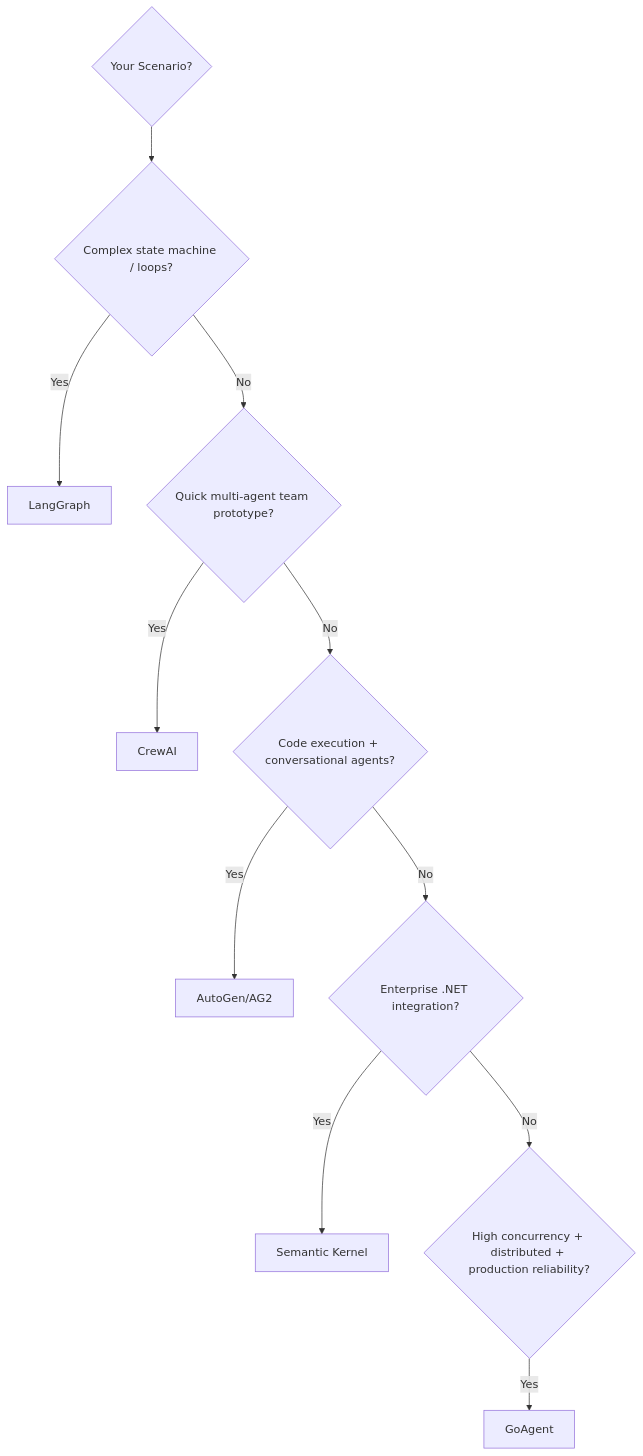
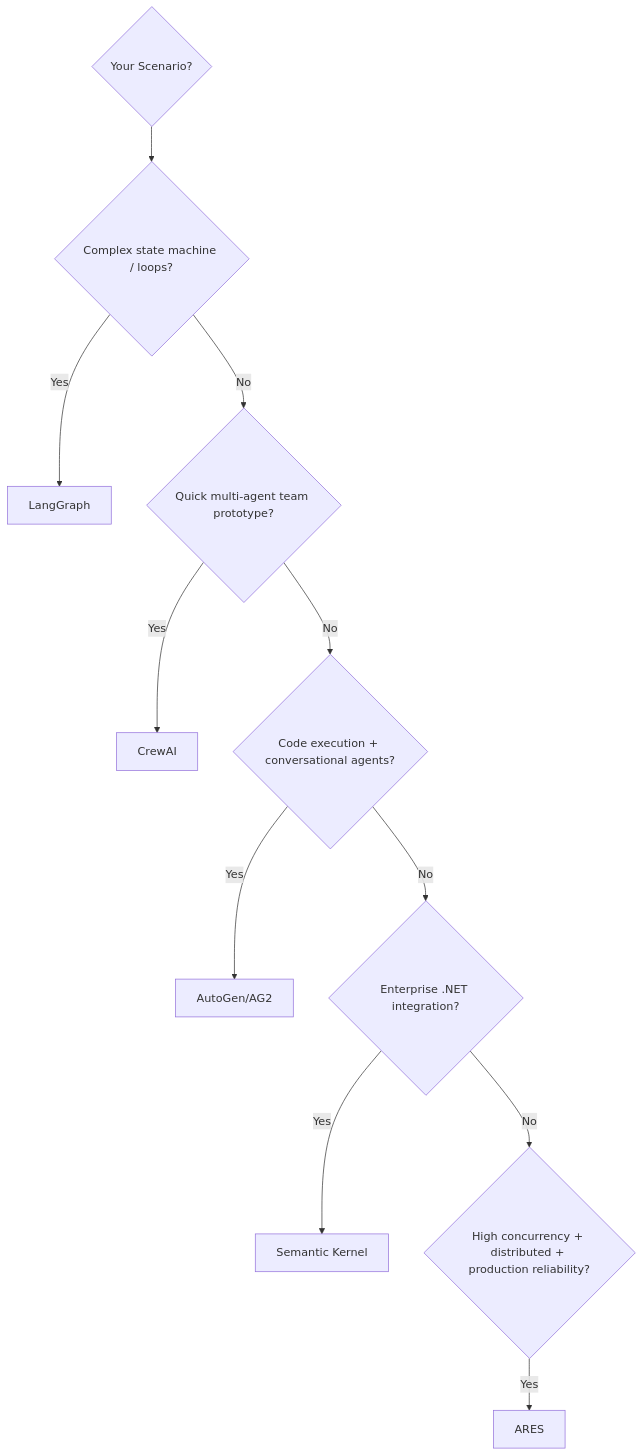
One commit to Timwood0x10/ARES changed diagram 15 of 16 in docs/en/framework-comparison.md. Above: the diagram before and after it, drawn with Mermaid. The commit also changed other lines of this file and 184 other files, not shown here.

Commit message:
chore: rebrand project from GoAgent to ARES

````diff
--- a/docs/en/framework-comparison.md
+++ b/docs/en/framework-comparison.md
@@ -588,13 +588,13 @@
 ```mermaid
 graph TD
     START{Your Scenario?} --> Q1{Complex state machine / loops?}
     Q1 -->|Yes| LG[LangGraph]
     Q1 -->|No| Q2{Quick multi-agent team prototype?}
     Q2 -->|Yes| CA[CrewAI]
     Q2 -->|No| Q3{Code execution + conversational agents?}
     Q3 -->|Yes| AG[AutoGen/AG2]
     Q3 -->|No| Q4{Enterprise .NET integration?}
     Q4 -->|Yes| SK[Semantic Kernel]
     Q4 -->|No| Q5{High concurrency + distributed + production reliability?}
-    Q5 -->|Yes| GA[GoAgent]
+    Q5 -->|Yes| GA[ARES]
 ```
````
